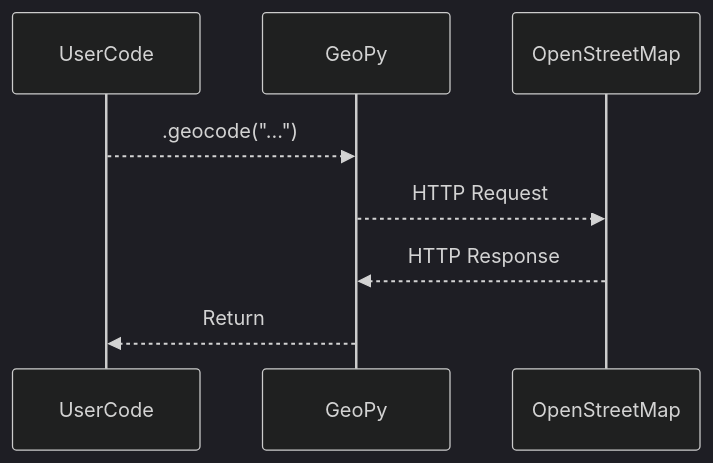
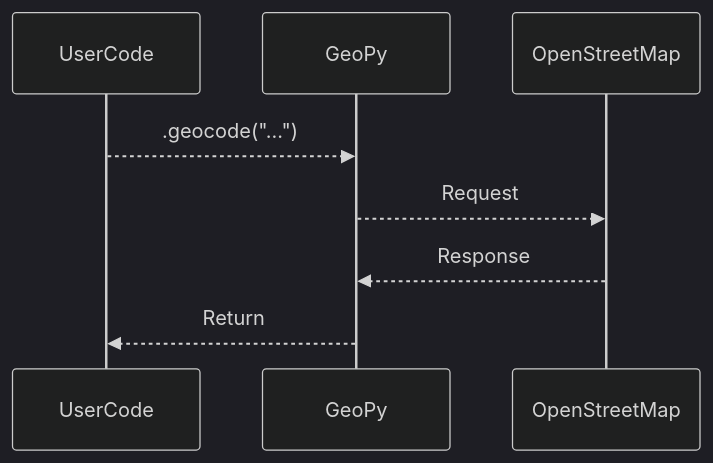
Before and after one commit to hanoufalmogri/python: the diagram in book/chapters/15_community/a2_use_sdk.qmd, drawn with Mermaid (dark theme). The commit also changed other lines of this file and 44 other files, not shown here.

````diff
--- a/book/chapters/15_community/a2_use_sdk.qmd
+++ b/book/chapters/15_community/a2_use_sdk.qmd
@@ -64,7 +64,7 @@
 ```{mermaid}
 sequenceDiagram
     UserCode -->> GeoPy: .geocode("...")
-    GeoPy -->> OpenStreetMap: HTTP Request
-    OpenStreetMap -->> GeoPy: HTTP Response
+    GeoPy -->> OpenStreetMap: Request
+    OpenStreetMap -->> GeoPy: Response
     GeoPy -->> UserCode: Return
 ```
````
